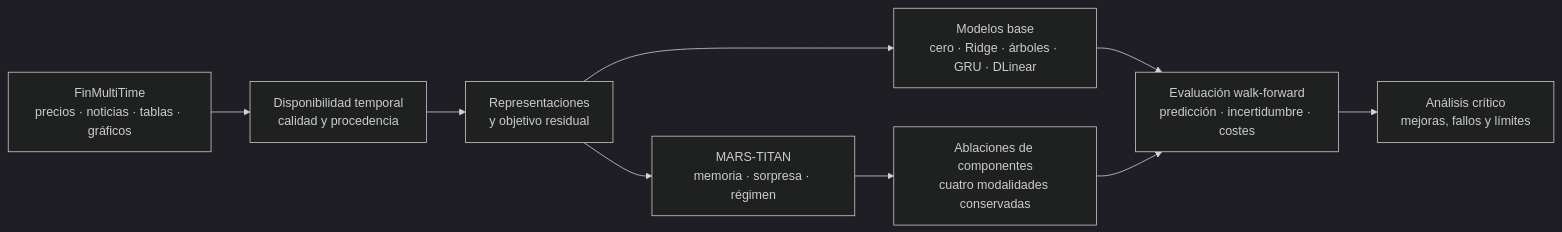
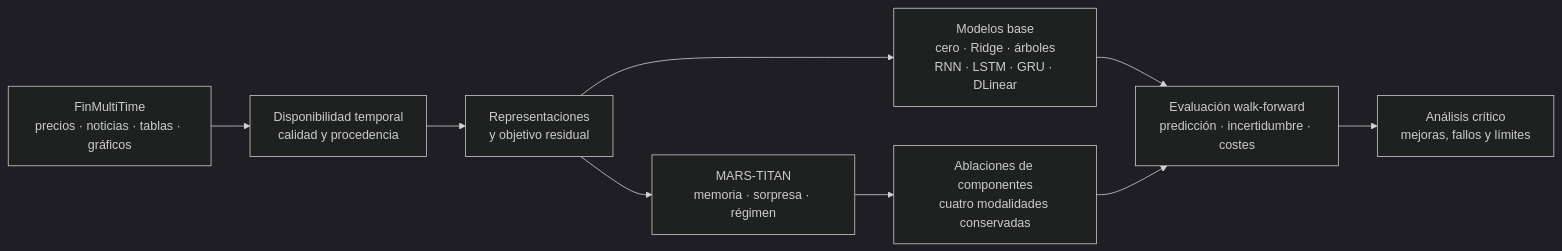
The diagram in README.md (GonxKZ/mars-titan), drawn with Mermaid (dark theme) before and after one commit. The commit also changed other lines of this file and 8 other files, not shown here.

````diff
--- a/README.md
+++ b/README.md
@@ -37,11 +37,11 @@
 ```mermaid
 flowchart LR
     D[FinMultiTime<br/>precios · noticias · tablas · gráficos] --> P[Disponibilidad temporal<br/>calidad y procedencia]
     P --> X[Representaciones<br/>y objetivo residual]
-    X --> B[Modelos base<br/>cero · Ridge · árboles · GRU · DLinear]
+    X --> B[Modelos base<br/>cero · Ridge · árboles<br/>RNN · LSTM · GRU · DLinear]
     X --> M[MARS-TITAN<br/>memoria · sorpresa · régimen]
     M --> A[Ablaciones de componentes<br/>cuatro modalidades conservadas]
     B --> E[Evaluación walk-forward<br/>predicción · incertidumbre · costes]
     A --> E
     E --> C[Análisis crítico<br/>mejoras, fallos y límites]
 ```
````
